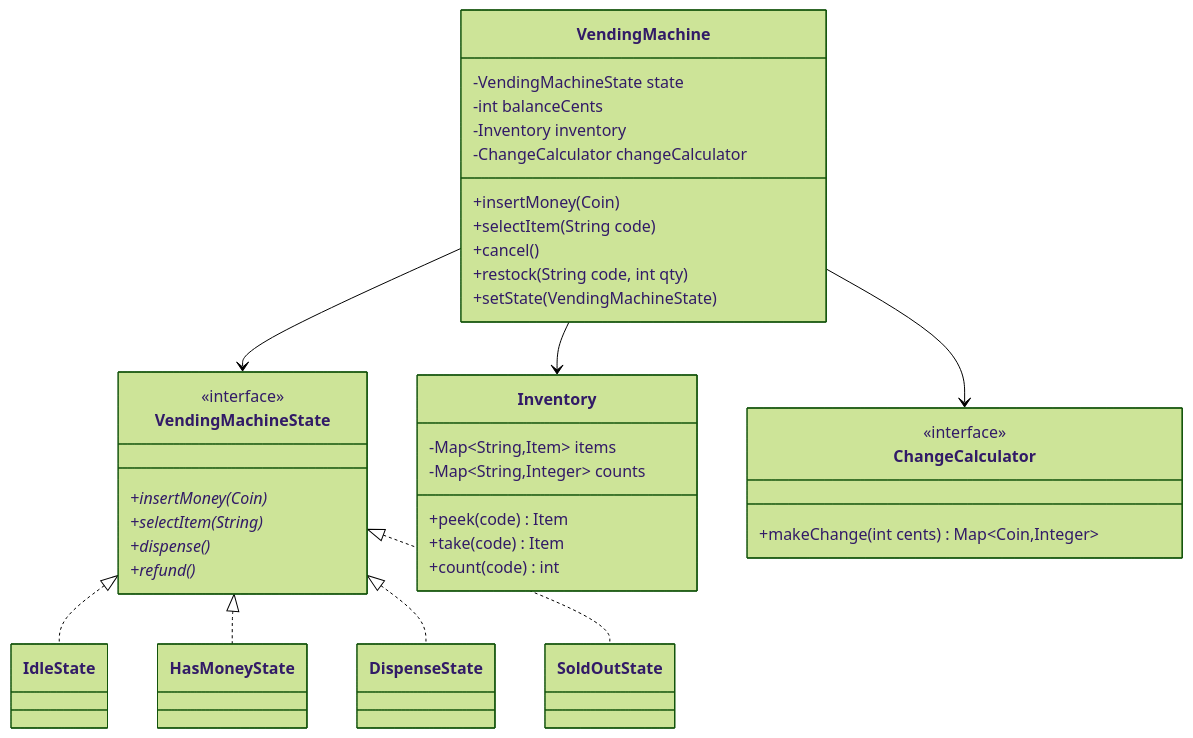
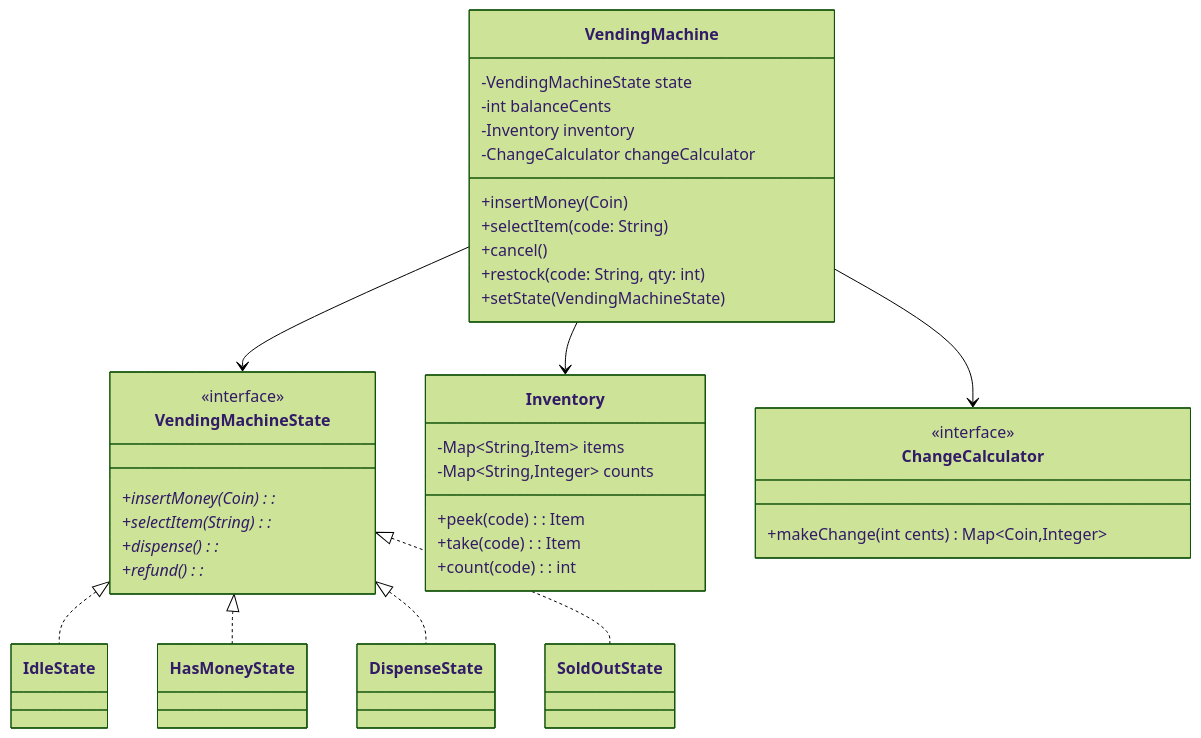
One commit to iamitgupta/system-design-LLD-basic changed diagram 14 of 59 in Readme.md. Above: the diagram before and after it, drawn with Mermaid (forest theme). The commit also changed other lines of this file, not shown here.

````diff
--- a/Readme.md
+++ b/Readme.md
@@ -1497,39 +2278,39 @@
 ```mermaid
 classDiagram
  class VendingMachine {
  -VendingMachineState state
  -int balanceCents
  -Inventory inventory
  -ChangeCalculator changeCalculator
  +insertMoney(Coin)
- +selectItem(String code)
+ +selectItem(code: String)
  +cancel()
- +restock(String code, int qty)
+ +restock(code: String, qty: int)
  +setState(VendingMachineState)
  }
  class VendingMachineState {
  <<interface>>
- +insertMoney(Coin)*
- +selectItem(String)*
- +dispense()*
- +refund()*
+ +insertMoney(Coin): *
+ +selectItem(String): *
+ +dispense(): *
+ +refund(): *
  }
  class Inventory {
  -Map~String,Item~ items
  -Map~String,Integer~ counts
- +peek(code) Item
- +take(code) Item
- +count(code) int
+ +peek(code): Item
+ +take(code): Item
+ +count(code): int
  }
  class ChangeCalculator {
  <<interface>>
  +makeChange(int cents) Map~Coin,Integer~
  }
  VendingMachine --> VendingMachineState
  VendingMachine --> Inventory
  VendingMachine --> ChangeCalculator
  VendingMachineState <|.. IdleState
  VendingMachineState <|.. HasMoneyState
  VendingMachineState <|.. DispenseState
  VendingMachineState <|.. SoldOutState
 ```
````
